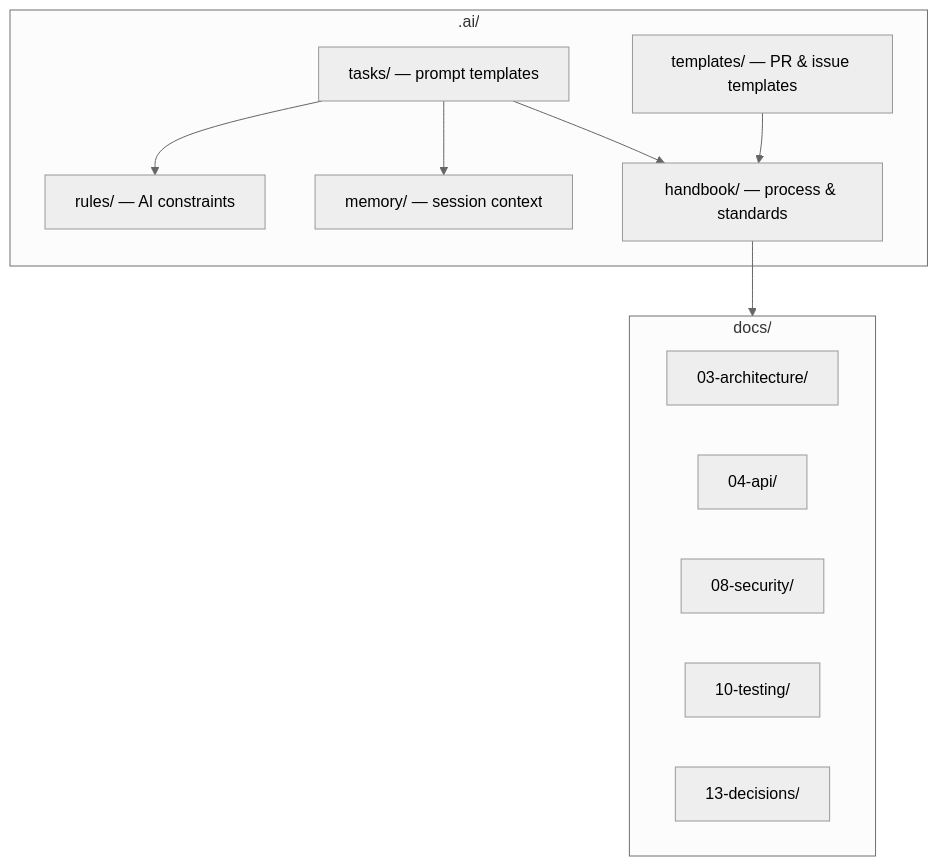
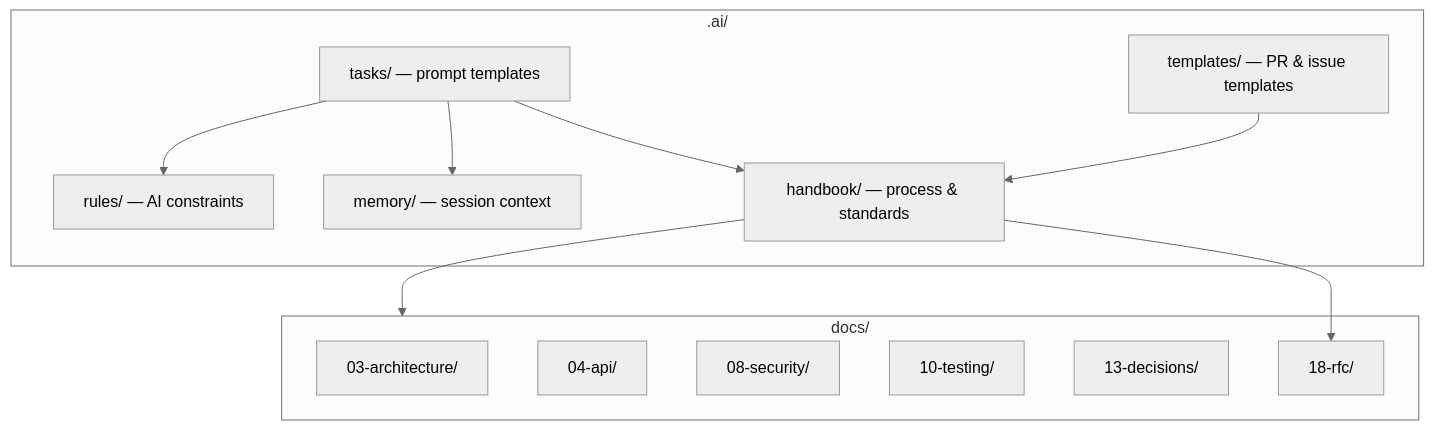
One commit to abhishekthatguy/luxflow-ai changed the diagram in .ai/handbook/README.md. Above: the diagram before and after it, drawn with Mermaid (neutral theme). The commit also changed other lines of this file and 37 other files, not shown here.

````diff
--- a/.ai/handbook/README.md
+++ b/.ai/handbook/README.md
@@ -23,24 +25,26 @@
 ```mermaid
 flowchart TB
     subgraph AI[".ai/"]
         TASKS[tasks/ — prompt templates]
         RULES[rules/ — AI constraints]
         MEM[memory/ — session context]
         HB[handbook/ — process & standards]
         TMPL[templates/ — PR & issue templates]
     end
 
     subgraph Docs["docs/"]
         ARCH[03-architecture/]
         API[04-api/]
         SEC[08-security/]
         TEST[10-testing/]
         ADR[13-decisions/]
+        RFC[18-rfc/]
     end
 
     HB --> Docs
+    HB --> RFC
     TASKS --> HB
     TASKS --> RULES
     TASKS --> MEM
     TMPL --> HB
 ```
````
